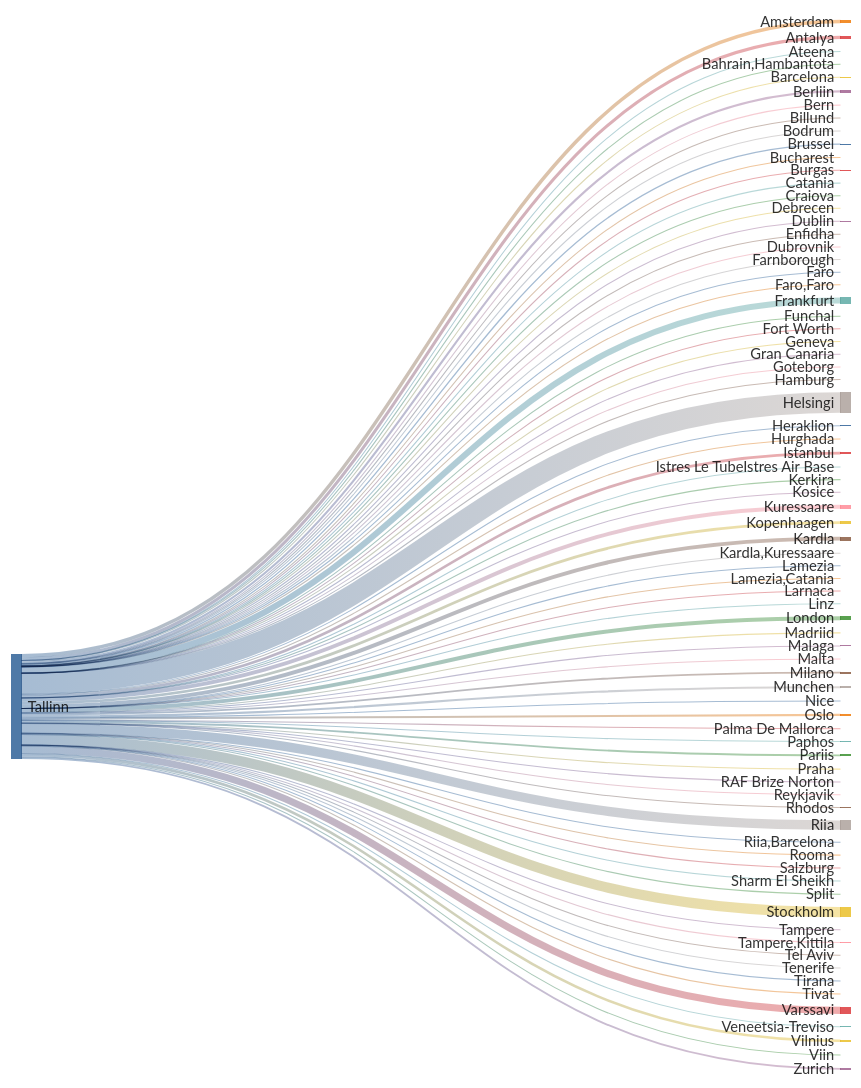
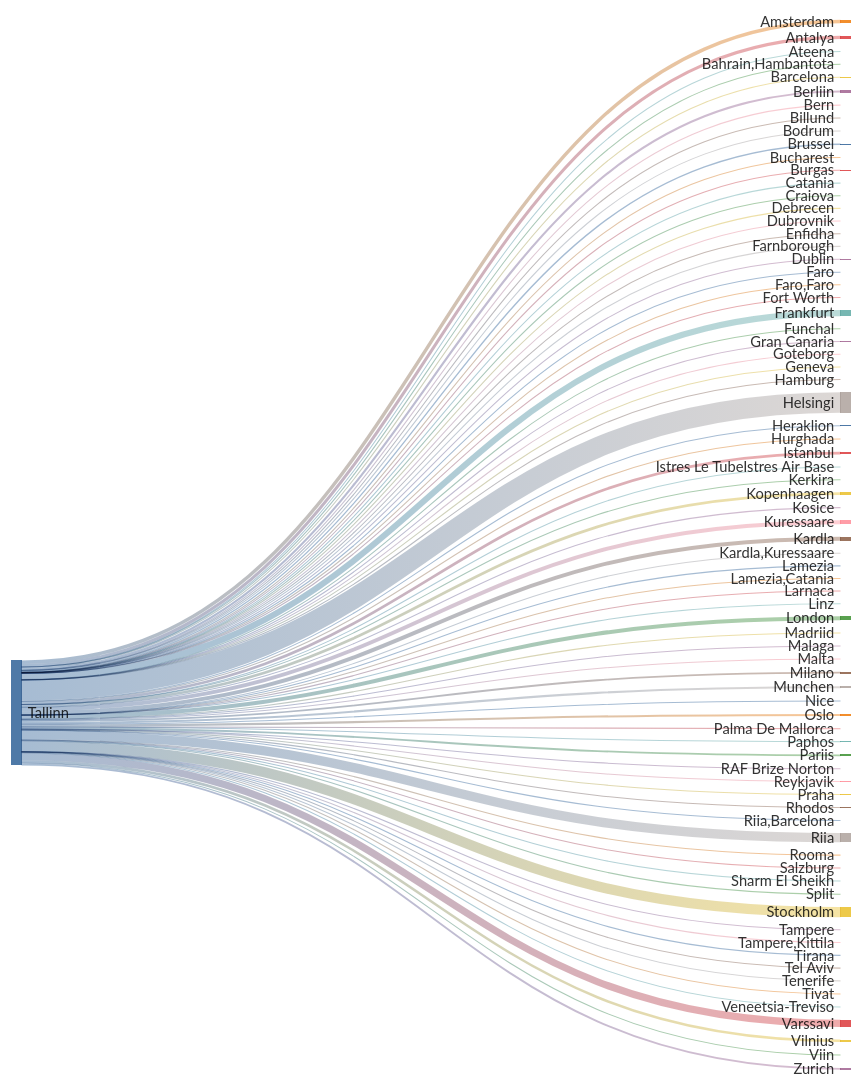
The second of 2 diagrams in README.md (rainermesi/tll-airport-departures), drawn with Mermaid before and after one commit. The commit also changed other lines of this file and 1 other file, not shown here.

````diff
--- a/README.md
+++ b/README.md
@@ -41,16 +41,16 @@
 ---
 sankey-beta
 %% source,target,value
-Tallinn,Amsterdam,527
-Tallinn,Antalya,466
+Tallinn,Amsterdam,529
+Tallinn,Antalya,468
 Tallinn,Ateena,16
 Tallinn,"Bahrain,Hambantota",1
-Tallinn,Barcelona,147
+Tallinn,Barcelona,149
 Tallinn,Berliin,332
 Tallinn,Bern,1
-Tallinn,Billund,83
-Tallinn,Bodrum,11
-Tallinn,Brussel,203
+Tallinn,Billund,84
+Tallinn,Bodrum,12
+Tallinn,Brussel,204
 Tallinn,Bucharest,1
 Tallinn,Burgas,67
 Tallinn,Catania,2
@@ -63,30 +63,30 @@
 Tallinn,Faro,4
 Tallinn,"Faro,Faro",1
 Tallinn,Fort Worth,1
-Tallinn,Frankfurt,940
+Tallinn,Frankfurt,943
 Tallinn,Funchal,5
 Tallinn,Geneva,13
 Tallinn,Gran Canaria,38
 Tallinn,Goteborg,2
 Tallinn,Hamburg,2
-Tallinn,Helsingi,3165
-Tallinn,Heraklion,112
+Tallinn,Helsingi,3175
+Tallinn,Heraklion,113
 Tallinn,Hurghada,75
-Tallinn,Istanbul,411
+Tallinn,Istanbul,412
 Tallinn,Istres Le TubeIstres Air Base,2
 Tallinn,Kerkira,4
-Tallinn,Kopenhaagen,423
+Tallinn,Kopenhaagen,425
 Tallinn,Kosice,1
-Tallinn,Kuressaare,598
-Tallinn,Kardla,600
+Tallinn,Kuressaare,600
+Tallinn,Kardla,602
 Tallinn,"Kardla,Kuressaare",1
 Tallinn,Lamezia,1
 Tallinn,"Lamezia,Catania",3
 Tallinn,Larnaca,4
 Tallinn,Linz,2
-Tallinn,London,612
+Tallinn,London,614
 Tallinn,Madriid,4
-Tallinn,Malaga,128
+Tallinn,Malaga,129
 Tallinn,Malta,32
 Tallinn,Milano,278
 Tallinn,Munchen,330
@@ -99,24 +99,24 @@
 Tallinn,RAF Brize Norton,1
 Tallinn,Reykjavik,20
 Tallinn,Rhodos,66
-Tallinn,Riia,1426
+Tallinn,Riia,1431
 Tallinn,"Riia,Barcelona",1
 Tallinn,Rooma,80
 Tallinn,Salzburg,14
-Tallinn,Sharm El Sheikh,105
+Tallinn,Sharm El Sheikh,106
 Tallinn,Split,59
-Tallinn,Stockholm,1570
+Tallinn,Stockholm,1576
 Tallinn,Tampere,17
 Tallinn,"Tampere,Kittila",21
 Tallinn,Tel Aviv,2
 Tallinn,Tenerife,58
 Tallinn,Tirana,40
 Tallinn,Tivat,76
-Tallinn,Varssavi,1093
+Tallinn,Varssavi,1096
 Tallinn,Veneetsia-Treviso,67
 Tallinn,Viin,106
-Tallinn,Vilnius,397
-Tallinn,Zurich,283
+Tallinn,Vilnius,398
+Tallinn,Zurich,284
 
 
 ```
````
